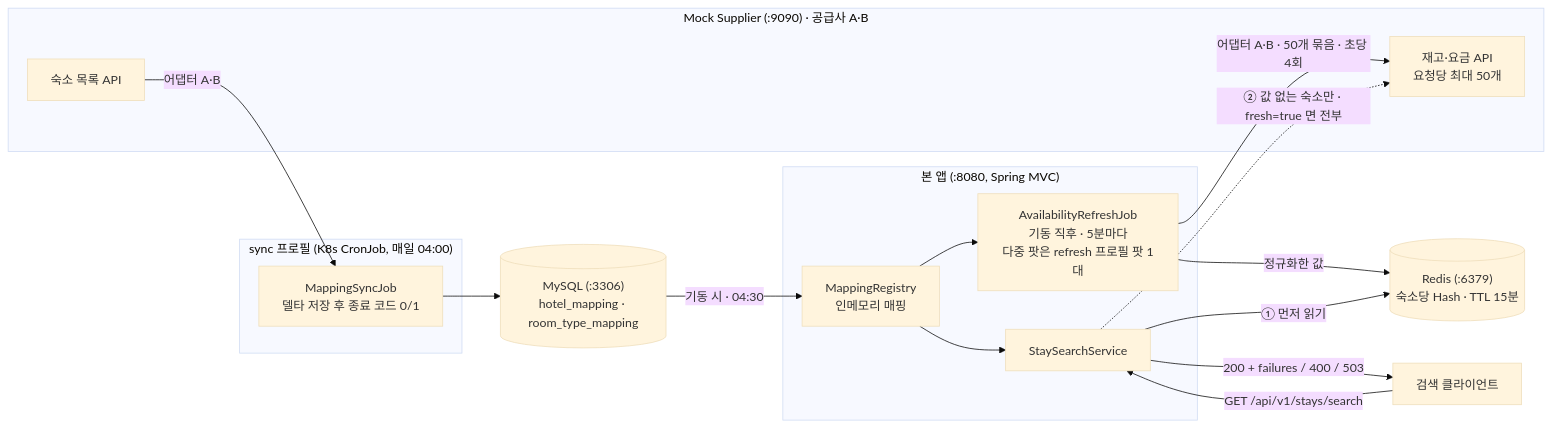
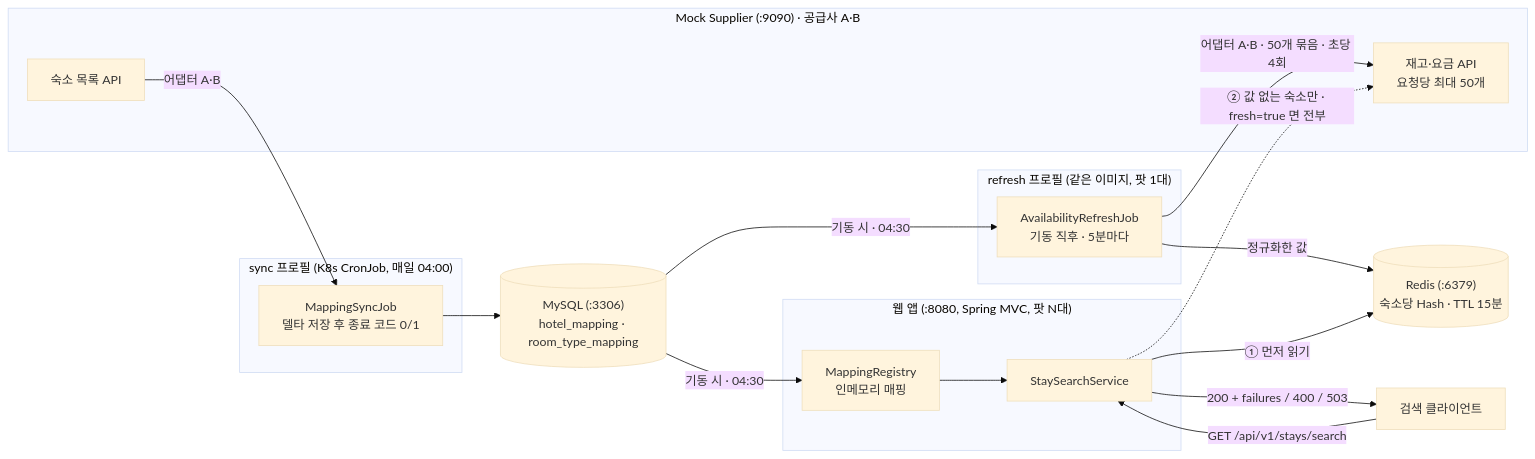
One commit to mjkang4416/stay-supplier-integration changed the diagram in docs/architecture.md. Above: the diagram before and after it, drawn with Mermaid (base theme). The commit also changed other lines of this file and 1 other file, not shown here.

Commit message:
docs: 구성도에서 요금·재고 갱신 잡을 웹 앱 상자 밖의 refresh 프로필 팟으로 옮김
갱신 잡이 전용 팟에서 돌게 됐는데 README 3장과 architecture 1장 그림은
아직 웹 앱 상자 안에 있었다. 크론잡처럼 별도 상자로 빼고, 갱신 잡 팟도
DB 에서 매핑을 자기 인메모리로 올린다는 화살표를 넣는다. 팟이 하나뿐인
로컬에서는 웹 앱 안에서 같이 돈다는 것을 설명에 적는다.

````diff
--- a/docs/architecture.md
+++ b/docs/architecture.md
@@ -7,29 +7,31 @@
 ```mermaid
 flowchart LR
     subgraph supplier["Mock Supplier (:9090) · 공급사 A·B"]
         LIST["숙소 목록 API"]
         AVAIL["재고·요금 API<br/>요청당 최대 50개"]
     end
     subgraph cron["sync 프로필 (K8s CronJob, 매일 04:00)"]
         SYNC["MappingSyncJob<br/>델타 저장 후 종료 코드 0/1"]
     end
-    subgraph app["본 앱 (:8080, Spring MVC)"]
+    subgraph app["웹 앱 (:8080, Spring MVC, 팟 N대)"]
         REG["MappingRegistry<br/>인메모리 매핑"]
-        REFRESH["AvailabilityRefreshJob<br/>기동 직후 · 5분마다<br/>다중 팟은 refresh 프로필 팟 1대"]
         SEARCH["StaySearchService"]
+    end
+    subgraph refresh["refresh 프로필 (같은 이미지, 팟 1대)"]
+        REFRESH["AvailabilityRefreshJob<br/>기동 직후 · 5분마다"]
     end
     DB[("MySQL (:3306)<br/>hotel_mapping · room_type_mapping")]
     REDIS[("Redis (:6379)<br/>숙소당 Hash · TTL 15분")]
     CLIENT["검색 클라이언트"]
 
     LIST -->|"어댑터 A·B"| SYNC --> DB
     DB -->|"기동 시 · 04:30"| REG
-    REG --> REFRESH
+    DB -->|"기동 시 · 04:30"| REFRESH
     REG --> SEARCH
     REFRESH -->|"어댑터 A·B · 50개 묶음 · 초당 4회"| AVAIL
     REFRESH -->|"정규화한 값"| REDIS
     CLIENT -->|"GET /api/v1/stays/search"| SEARCH
     SEARCH -->|"① 먼저 읽기"| REDIS
     SEARCH -.->|"② 값 없는 숙소만 · fresh=true 면 전부"| AVAIL
     SEARCH -->|"200 + failures / 400 / 503"| CLIENT
 ```
````
